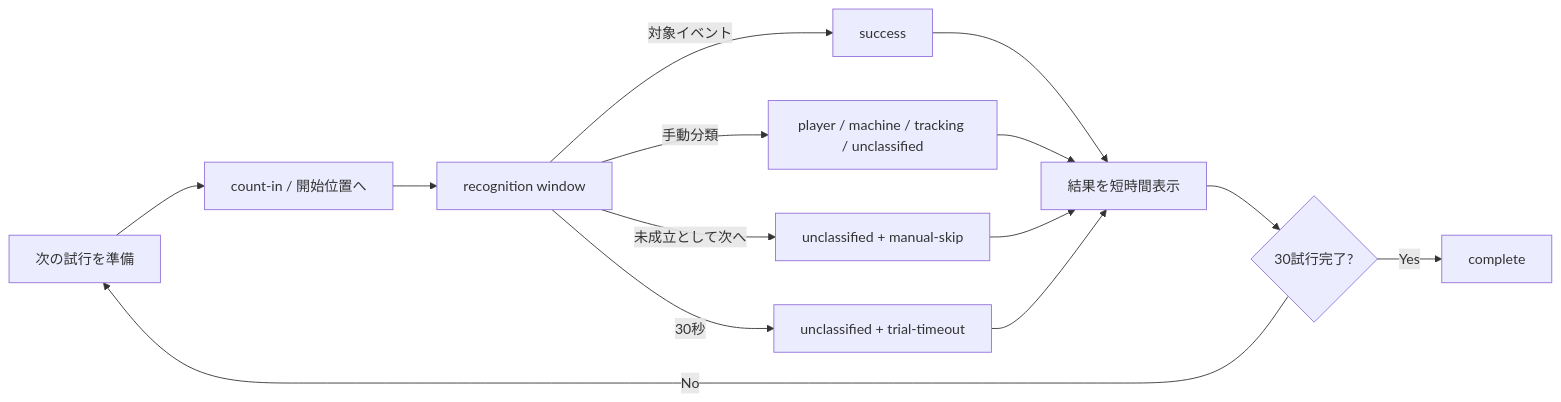
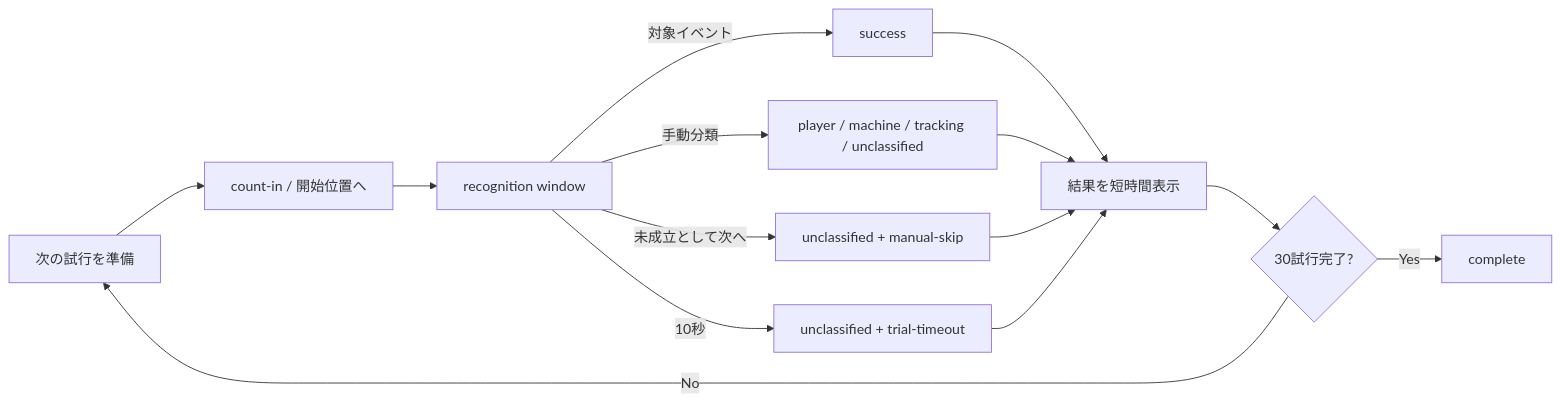
Before and after one commit to mayonaka-ratori/oto-game-incam: the diagram in docs/11_phase1_trial_progression_and_swipe_reliability_plan.md, drawn with Mermaid. The commit also changed other lines of this file and 12 other files, not shown here.

````diff
--- a/docs/11_phase1_trial_progression_and_swipe_reliability_plan.md
+++ b/docs/11_phase1_trial_progression_and_swipe_reliability_plan.md
@@ -139,16 +139,16 @@
 ```mermaid
 flowchart LR
     A["次の試行を準備"] --> B["count-in / 開始位置へ"]
     B --> C["recognition window"]
     C -->|対象イベント| D["success"]
     C -->|手動分類| E["player / machine / tracking / unclassified"]
     C -->|未成立として次へ| F["unclassified + manual-skip"]
-    C -->|30秒| G["unclassified + trial-timeout"]
+    C -->|10秒| G["unclassified + trial-timeout"]
     D --> H["結果を短時間表示"]
     E --> H
     F --> H
     G --> H
     H --> I{"30試行完了?"}
     I -->|No| A
     I -->|Yes| J["complete"]
 ```
````
